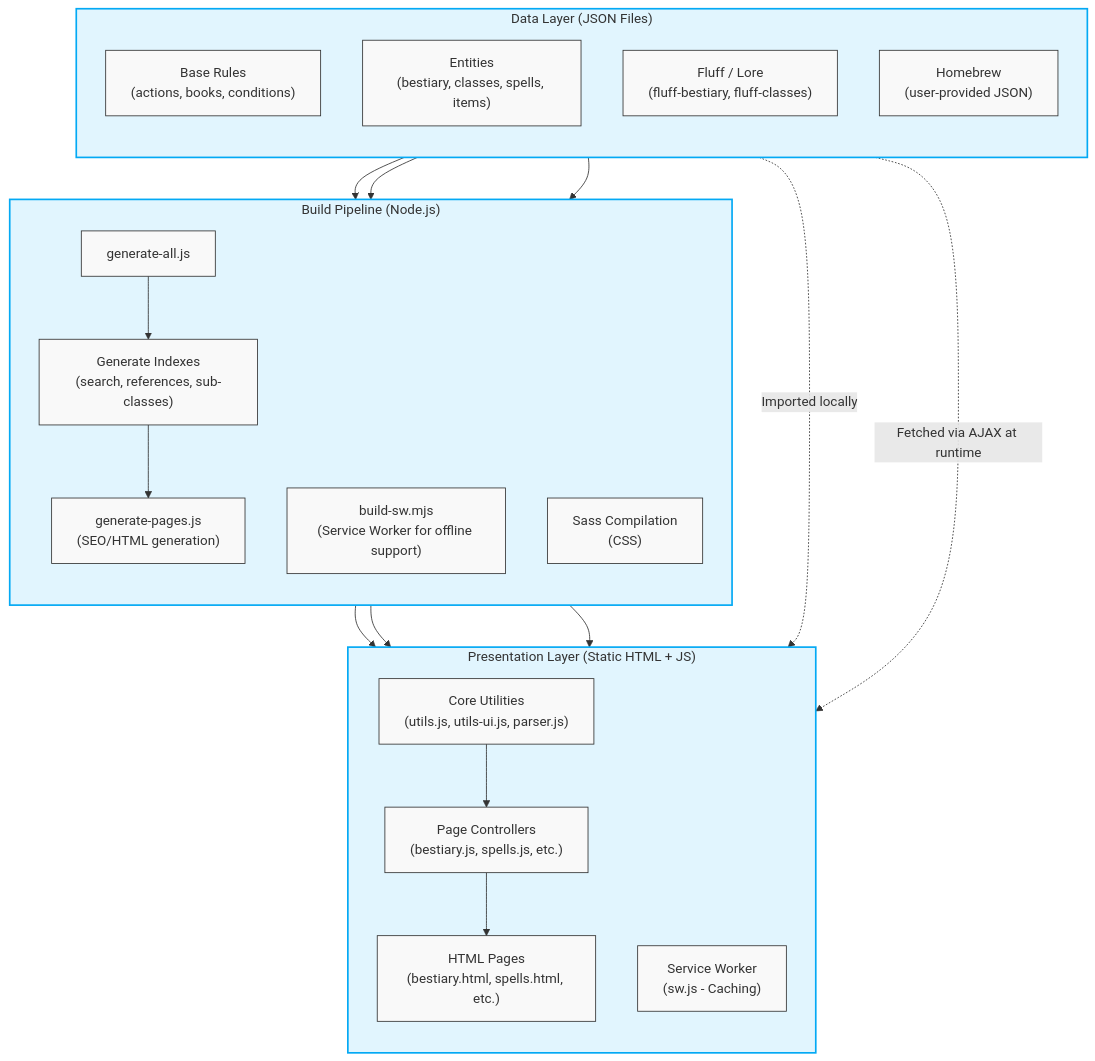
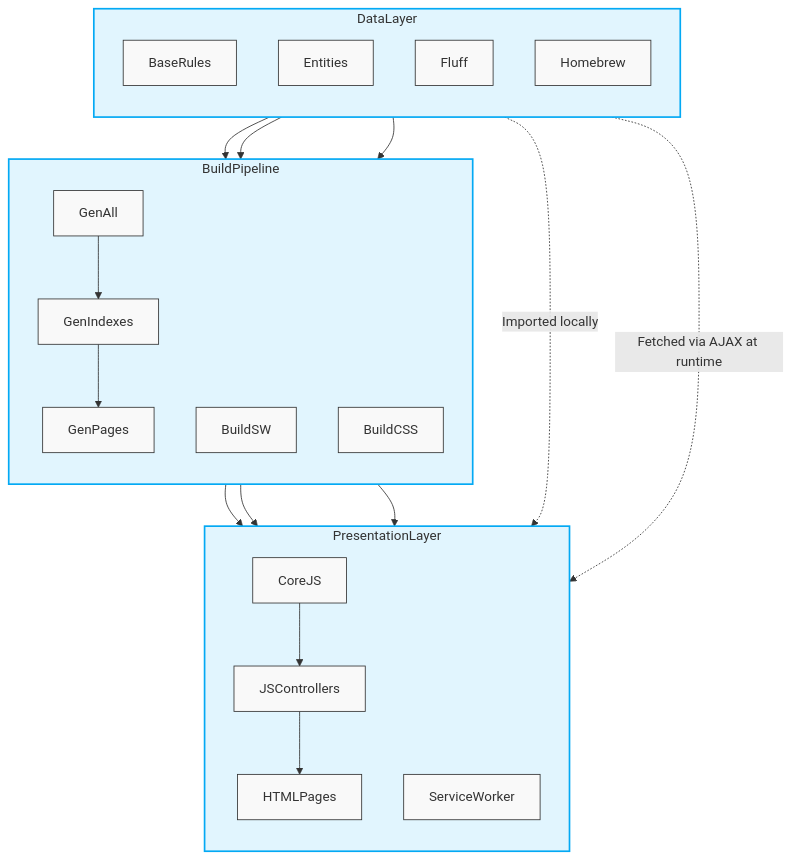
Before and after one commit to kostadis/restserver: the diagram in architecture.md, drawn with Mermaid.

Commit message:
docs: update 5etools architecture mermaid diagram
Updated the Mermaid architecture diagram for `5etools-src`
with the exact format requested by the user, representing
the data flow, build pipeline, and presentation layer.

````diff
--- a/architecture.md
+++ b/architecture.md
@@ -3,49 +3,49 @@
 ```mermaid
 flowchart TB
-    subgraph DataLayer ["Data Layer (JSON Files)"]
+    subgraph DataLayer
         direction TB
-        BaseRules["Base Rules\n(actions, books, conditions)"]
-        Entities["Entities\n(bestiary, classes, spells, items)"]
-        Fluff["Fluff / Lore\n(fluff-bestiary, fluff-classes)"]
-        Homebrew["Homebrew\n(user-provided JSON)"]
+        BaseRules
+        Entities
+        Fluff
+        Homebrew
     end
 
-    subgraph BuildPipeline ["Build Pipeline (Node.js)"]
+    subgraph BuildPipeline
         direction TB
-        GenAll["generate-all.js"]
-        GenIndexes["Generate Indexes\n(search, references, sub-classes)"]
-        GenPages["generate-pages.js\n(SEO/HTML generation)"]
-        BuildSW["build-sw.mjs\n(Service Worker for offline support)"]
-        BuildCSS["Sass Compilation\n(CSS)"]
+        GenAll
+        GenIndexes
+        GenPages
+        BuildSW
+        BuildCSS
 
         GenAll --> GenIndexes
         GenIndexes --> GenPages
     end
 
-    subgraph PresentationLayer ["Presentation Layer (Static HTML + JS)"]
+    subgraph PresentationLayer
         direction TB
-        HTMLPages["HTML Pages\n(bestiary.html, spells.html, etc.)"]
-        JSControllers["Page Controllers\n(bestiary.js, spells.js, etc.)"]
-        CoreJS["Core Utilities\n(utils.js, utils-ui.js, parser.js)"]
-        ServiceWorker["Service Worker\n(sw.js - Caching)"]
+        HTMLPages
+        JSControllers
+        CoreJS
+        ServiceWorker
     end
 
     %% Relationships
     BaseRules --> GenIndexes
     Entities --> GenIndexes
     Fluff --> GenIndexes
 
     GenIndexes --> JSControllers
     BuildSW --> ServiceWorker
     BuildCSS --> HTMLPages
 
     DataLayer -. "Fetched via AJAX at runtime" .-> JSControllers
     Homebrew -. "Imported locally" .-> CoreJS
 
     JSControllers --> HTMLPages
     CoreJS --> JSControllers
 
     classDef default fill:#f9f9f9,stroke:#333,stroke-width:1px;
     classDef highlight fill:#e1f5fe,stroke:#03a9f4,stroke-width:2px;
     class DataLayer,BuildPipeline,PresentationLayer highlight;
 ```
````
